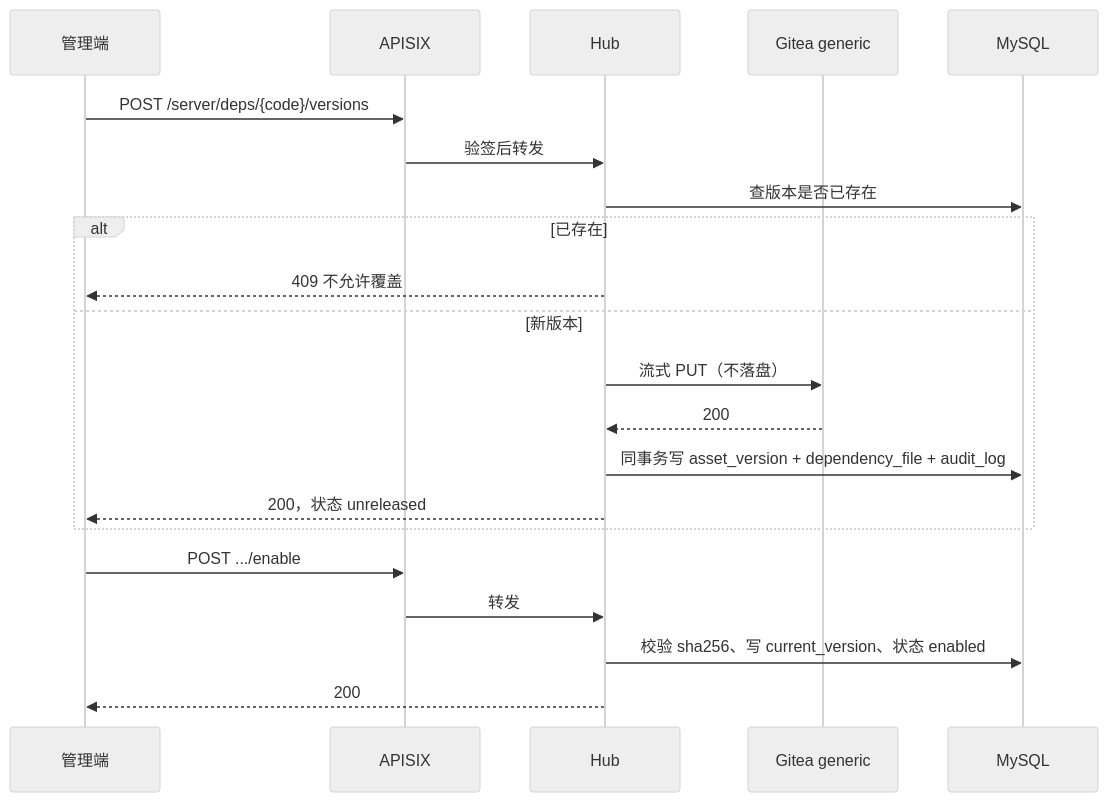
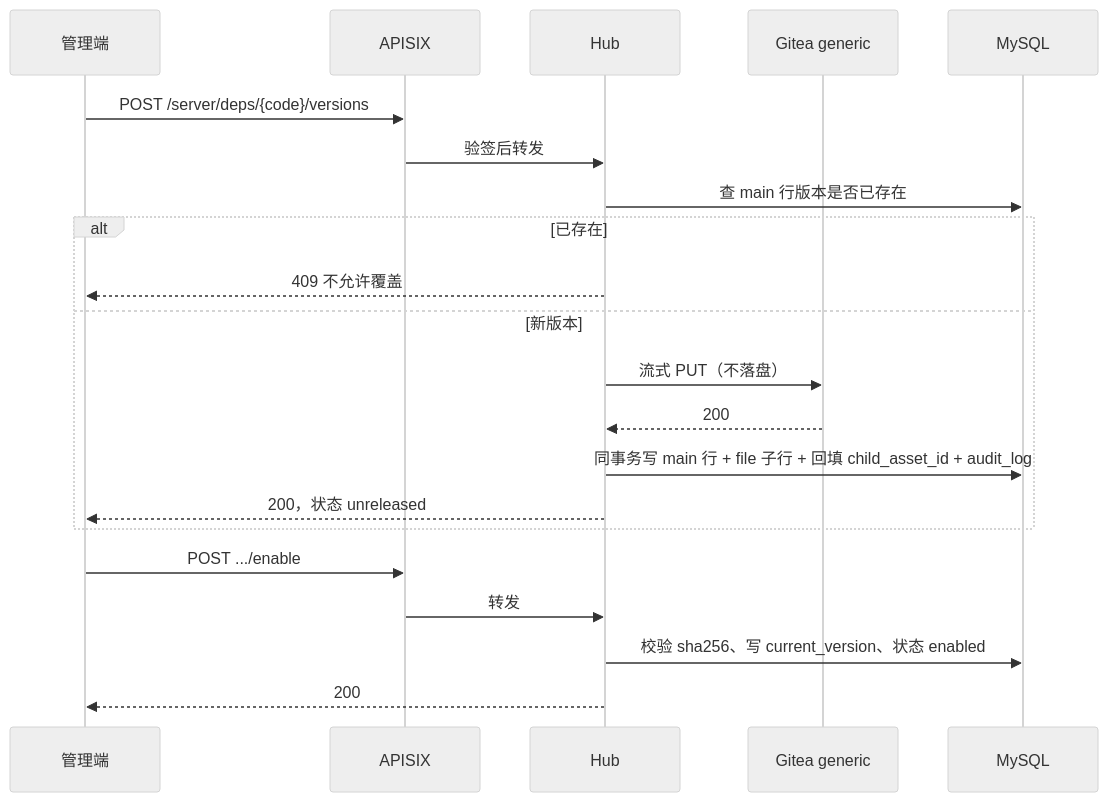
One commit to saber9050/online_exe changed the third of 5 diagrams in 公共资源中心设计方案.md. Above: the diagram before and after it, drawn with Mermaid (neutral theme). The commit also changed other lines of this file and 12 other files, not shown here.

````diff
--- a/公共资源中心设计方案.md
+++ b/公共资源中心设计方案.md
@@ -303,24 +335,24 @@
 ```mermaid
 sequenceDiagram
   participant A as 管理端
   participant G as APISIX
   participant H as Hub
   participant GT as Gitea generic
   participant DB as MySQL
 
   A->>G: POST /server/deps/{code}/versions
   G->>H: 验签后转发
-  H->>DB: 查版本是否已存在
+  H->>DB: 查 main 行版本是否已存在
   alt 已存在
     H-->>A: 409 不允许覆盖
   else 新版本
     H->>GT: 流式 PUT（不落盘）
     GT-->>H: 200
-    H->>DB: 同事务写 asset_version + dependency_file + audit_log
+    H->>DB: 同事务写 main 行 + file 子行 + 回填 child_asset_id + audit_log
     H-->>A: 200，状态 unreleased
   end
   A->>G: POST .../enable
   G->>H: 转发
   H->>DB: 校验 sha256、写 current_version、状态 enabled
   H-->>A: 200
 ```
````
